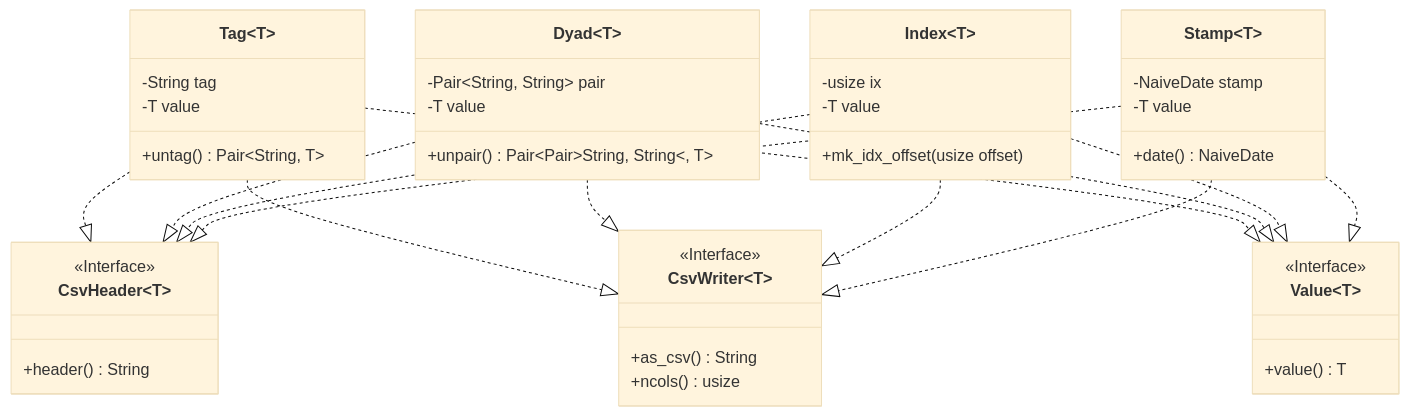
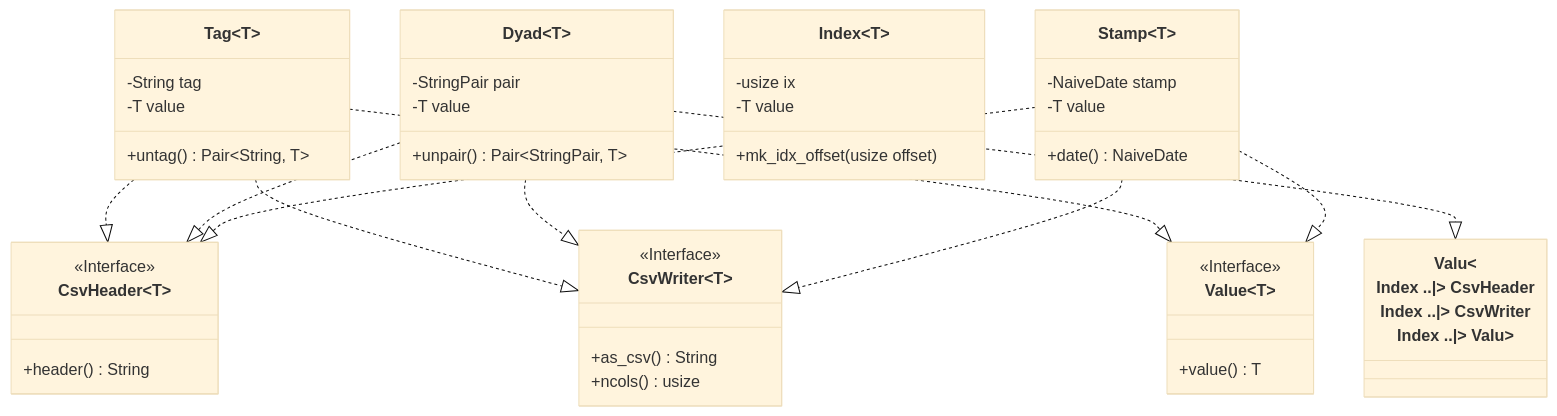
The diagram in src/libs/book/types/README.md (logicalgraphs/crypto-n-rust), drawn with Mermaid (base theme) before and after one commit.

Commit message:
removed generics from inheritance and links; added rest of links; 2026-01-25

````diff
--- a/src/libs/book/types/README.md
+++ b/src/libs/book/types/README.md
@@ -6,50 +6,56 @@
 ```mermaid
 classDiagram
 
 	class CsvHeader~T~{
 		<<Interface>>
 		+header() String
 	}
 	class CsvWriter~T~{
 		<<Interface>>
 		+as_csv() String
 		+ncols() usize
 	}
         class Value~T~{
 		<<Interface>>
                 +value() T
         }
 	class Tag~T~{
 		-String tag
 		-T value
                 +untag() Pair~String, T~
 	}
 	class Dyad~T~{
-		-Pair~String, String~ pair
+		-StringPair pair
 		-T value
-		+unpair() Pair~Pair~String, String~, T~
+		+unpair() Pair~StringPair, T~
 	}
 	class Index~T~{
 		-usize ix
 		-T value
 		+mk_idx_offset(usize offset)
 	}
         class Stamp~T~{
 		-NaiveDate stamp
 		-T value
 		+date() NaiveDate
 	}
 	Tag ..|> CsvHeader
-	Tag~T~ ..|> CsvWriter~T~
-	Tag~T~ ..|> Value~T~
-	Dyad~T~ ..|> CsvHeader~T~
-	Dyad~T~ ..|> CsvWriter~T~
-	Dyad~T~ ..|> Value~T~
-	Index~T~ ..|> CsvHeader~T~
-	Index~T~ ..|> CsvWriter~T~
-	Index~T~ ..|> Value~T~
-	Stamp~T~ ..|> CsvHeader~T~
-	Stamp~T~ ..|> CsvWriter~T~
-	Stamp~T~ ..|> Value~T~
-	click Value~T~ href "values.rs"
+	Tag ..|> CsvWriter
+	Tag ..|> Value
+	Dyad ..|> CsvHeader
+	Dyad ..|> CsvWriter
+	Dyad ..|> Valu~
+	Index ..|> CsvHeader
+	Index ..|> CsvWriter
+	Index ..|> Valu~
+	Stamp ..|> CsvHeader
+	Stamp ..|> CsvWriter
+	Stamp ..|> Value
+	click Value href "values.rs"
+	click CsvHeader href "../csv_utils.rs"
+	click CsvWriter href "../csv_utils.rs"
+	click Tag href "tagged.rs"
+	click Index href "indexed.rs"
+	click Dyad href "dyadic.rs"
+	click Stamp href "stamped.rs"
 ```
````
